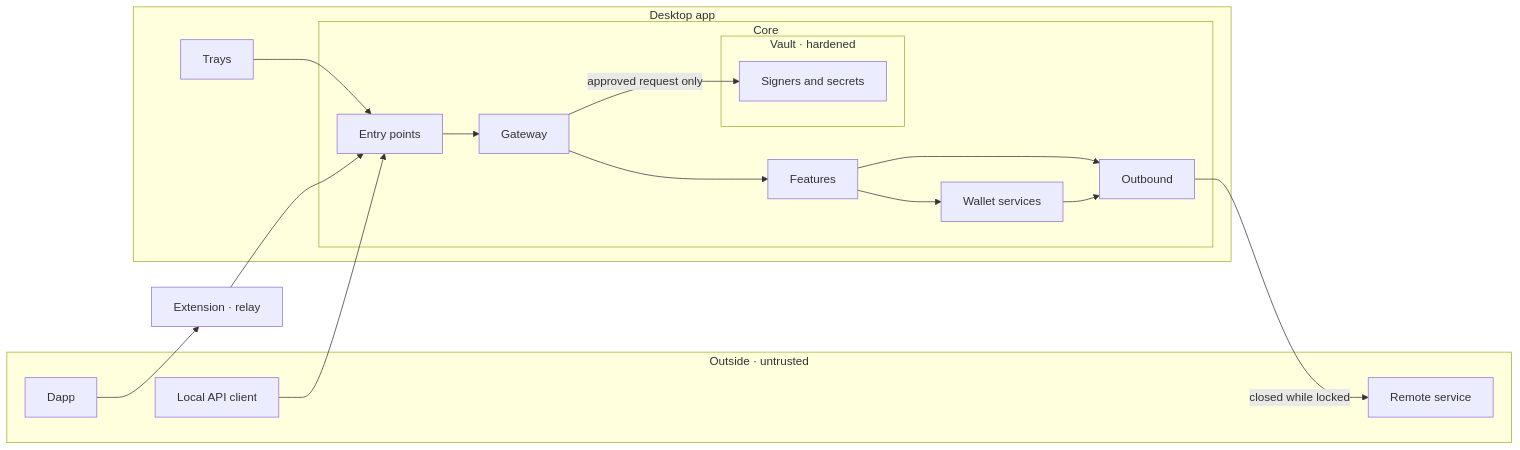
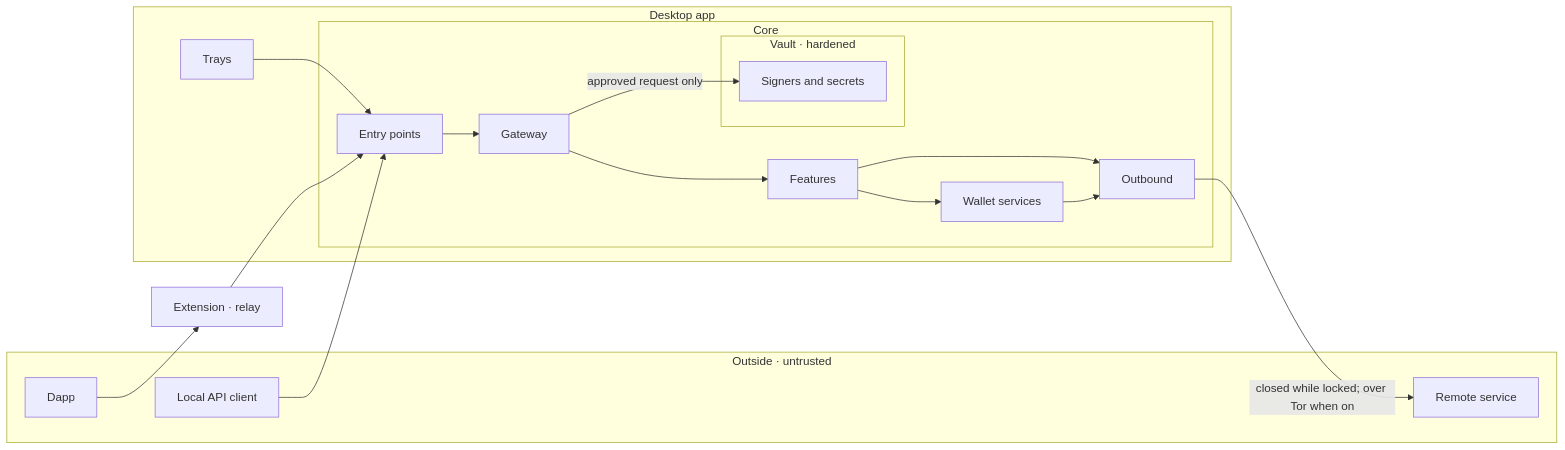
One commit to WardenJakx/newframe changed the first of 2 diagrams in docs/architecture.md. Above: the diagram before and after it, drawn with Mermaid. The commit also changed other lines of this file and 45 other files, not shown here.

First line of the commit message:
Route outbound traffic through bundled Tor when enabled

````diff
--- a/docs/architecture.md
+++ b/docs/architecture.md
@@ -28,28 +28,28 @@
 ```mermaid
 flowchart LR
   subgraph outside[Outside · untrusted]
     dapp[Dapp]
     client[Local API client]
     remote[Remote service]
   end
   ext[Extension · relay]
   subgraph app[Desktop app]
     trays[Trays]
     subgraph core[Core]
       entry[Entry points] --> gateway[Gateway]
       gateway --> features[Features]
       features --> services[Wallet services]
       subgraph vault[Vault · hardened]
         signers[Signers and secrets]
       end
       gateway -->|approved request only| signers
       outbound[Outbound]
     end
   end
   dapp --> ext --> entry
   client --> entry
   trays --> entry
   services --> outbound
   features --> outbound
-  outbound -->|closed while locked| remote
+  outbound -->|closed while locked; over Tor when on| remote
 ```
````
